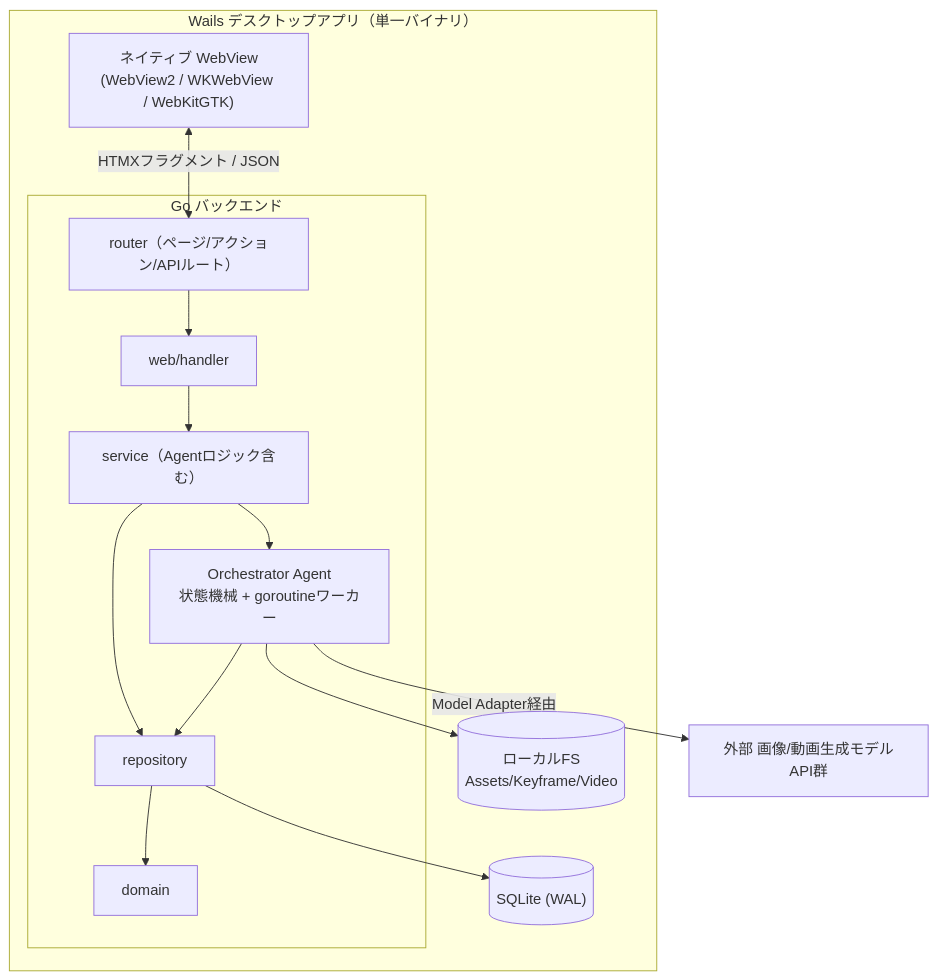
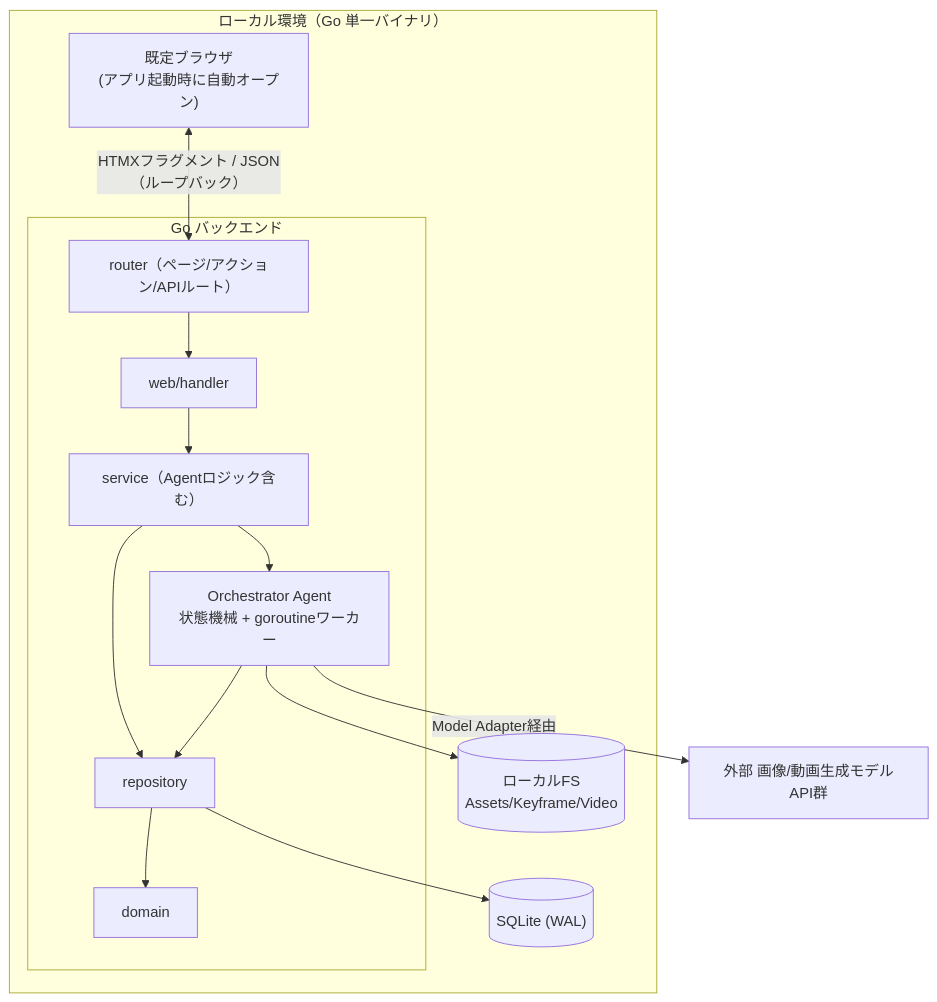
One commit to ousiassllc/mam changed the first of 2 diagrams in spec/architecture/overview.md. Above: the diagram before and after it, drawn with Mermaid. The commit also changed other lines of this file and 2 other files, not shown here.

````diff
--- a/spec/architecture/overview.md
+++ b/spec/architecture/overview.md
@@ -33,25 +33,25 @@
 ```mermaid
 flowchart TB
-    subgraph App["Wails デスクトップアプリ（単一バイナリ）"]
-        WebView["ネイティブ WebView<br/>(WebView2 / WKWebView / WebKitGTK)"]
+    subgraph Local["ローカル環境（Go 単一バイナリ）"]
+        Browser["既定ブラウザ<br/>(アプリ起動時に自動オープン)"]
         subgraph Backend["Go バックエンド"]
             Router["router（ページ/アクション/APIルート）"]
             Handler["web/handler"]
             Service["service（Agentロジック含む）"]
             Repo["repository"]
             Domain["domain"]
             Orchestrator["Orchestrator Agent<br/>状態機械 + goroutineワーカー"]
         end
         DB[("SQLite (WAL)")]
         FS[("ローカルFS<br/>Assets/Keyframe/Video")]
     end
     ExtAPI["外部 画像/動画生成モデルAPI群"]
 
-    WebView <-->|"HTMXフラグメント / JSON"| Router
+    Browser <-->|"HTMXフラグメント / JSON（ループバック）"| Router
     Router --> Handler --> Service --> Repo --> Domain
     Service --> Orchestrator
     Orchestrator --> Repo
     Orchestrator --> FS
     Orchestrator -->|Model Adapter経由| ExtAPI
     Repo --> DB
 ```
````
